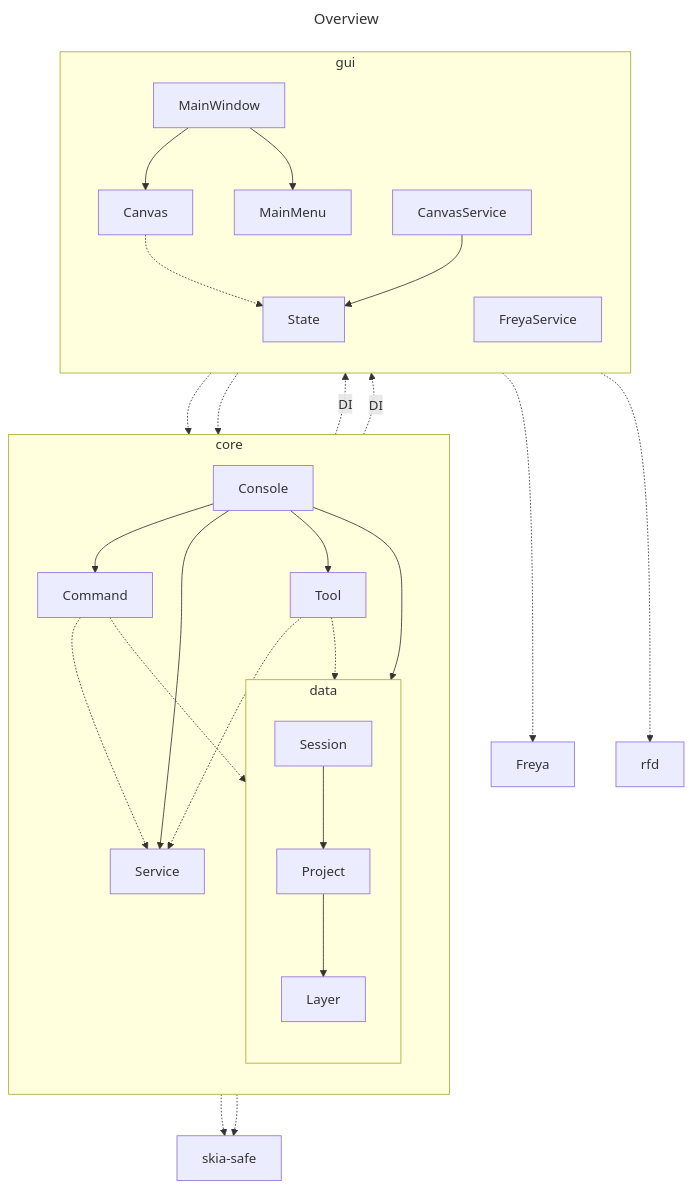
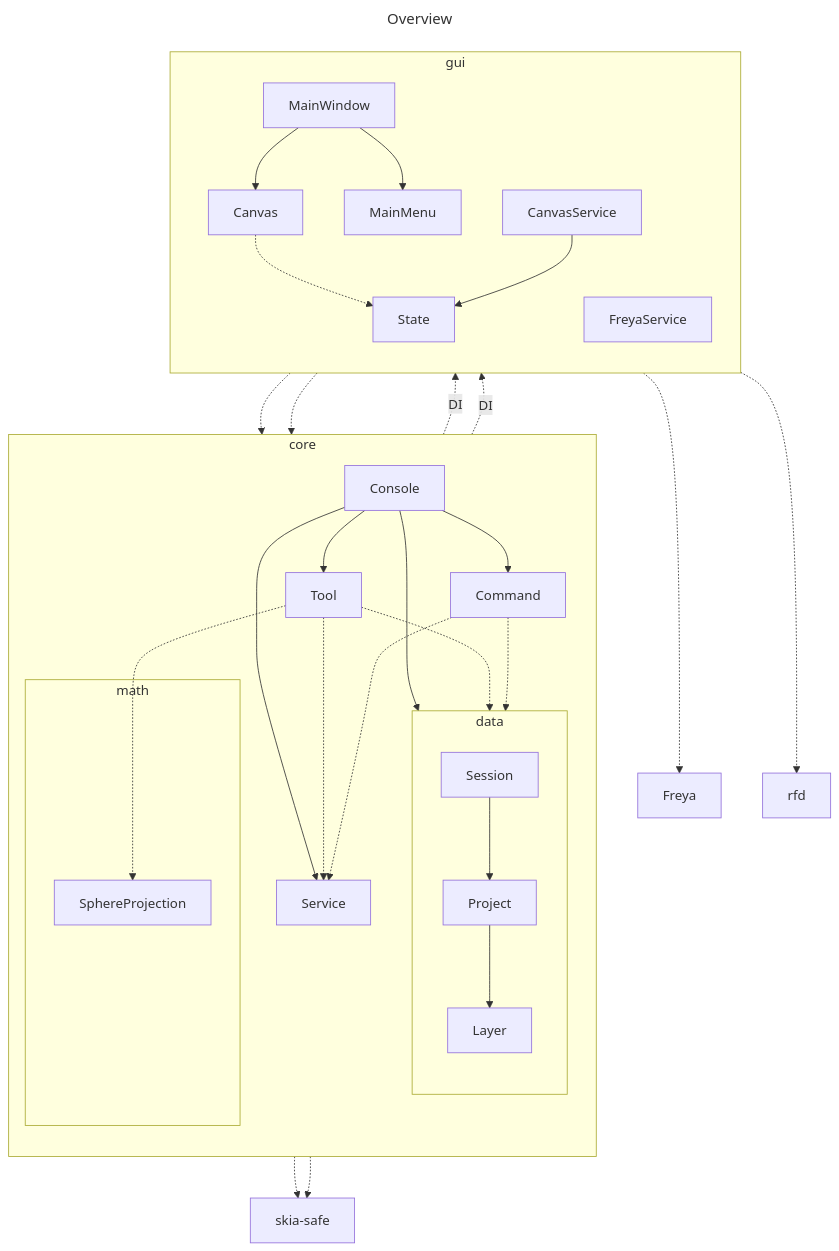
The diagram in doc/overview.md (nak5655/pixrium), drawn with Mermaid before and after one commit. The commit also changed 19 other files, not shown here.

````diff
--- a/doc/overview.md
+++ b/doc/overview.md
@@ -1,38 +1,40 @@
 ```mermaid
 ---
 title: Overview
 ---
 
 flowchart TB
+    subgraph core
+        direction TB
 
-subgraph core
-    direction TB
+        subgraph data
+            direction TB
+            Session --> Project
+            Project --> Layer
+        end
 
-    subgraph data
-        direction TB
-        Session --> Project
-        Project --> Layer
+        Command & Tool -.-> Service & Session
+        Console --> Command & Service & Tool & Session
+
+        subgraph math
+            SphereProjection
+        end
+
+        Tool -.-> SphereProjection
     end
 
-    Console --> Command & Service & Tool & Session
-    Command & Tool -.-> Service & Session
-end
+    subgraph gui
+        direction TB
+        MainWindow --> Canvas & MainMenu
+        Canvas -.-> Console
+        MainMenu -.-> Console
+        Canvas -.-> State
+        CanvasService --> State
+        Service -. DI .-> CanvasService & FreyaService
+    end
 
-subgraph gui
-    direction TB
-    MainWindow --> Canvas & MainMenu
-    
-    Canvas -.-> Console
-    MainMenu -.-> Console
-    
-    Canvas -.-> State
-    CanvasService --> State
-    Service -.DI.-> CanvasService & FreyaService
-end
-
-FreyaService -.-> Freya
-FreyaService -.-> rfd
-
-Command -.-> skia-safe
-Layer -.-> skia-safe
+    FreyaService -.-> Freya
+    FreyaService -.-> rfd
+    Command -.-> skia-safe
+    Layer -.-> skia-safe
 ```
````
